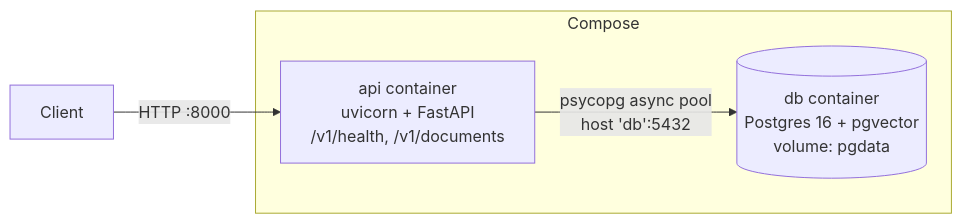
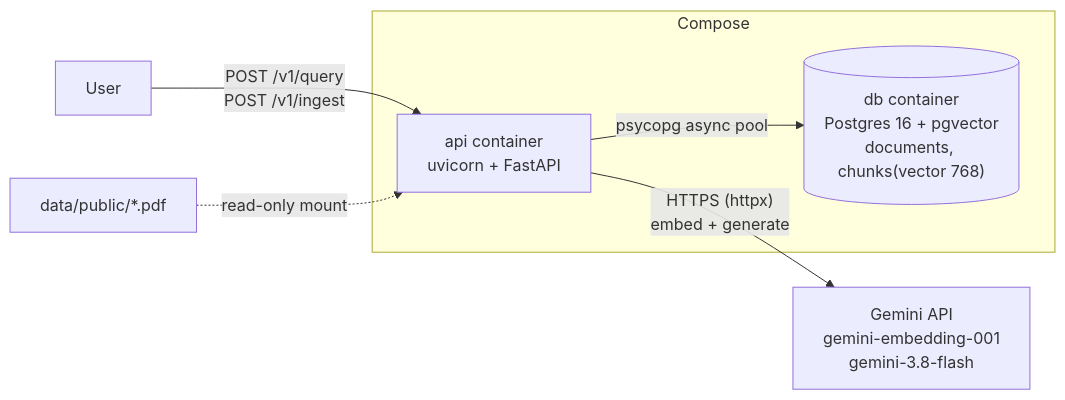
One commit to AMahdy98/specseek changed the diagram in docs/INTERVIEW.md. Above: the diagram before and after it, drawn with Mermaid. The commit also changed other lines of this file and 4 other files, not shown here.

````diff
--- a/docs/INTERVIEW.md
+++ b/docs/INTERVIEW.md
@@ -12,9 +29,11 @@
 ```mermaid
 flowchart LR
-  Client -->|"HTTP :8000"| API
+  User -->|"POST /v1/query<br/>POST /v1/ingest"| API
   subgraph Compose
-    API["api container<br/>uvicorn + FastAPI<br/>/v1/health, /v1/documents"]
-    DB[("db container<br/>Postgres 16 + pgvector<br/>volume: pgdata")]
-    API -->|"psycopg async pool<br/>host 'db':5432"| DB
+    API["api container<br/>uvicorn + FastAPI"]
+    DB[("db container<br/>Postgres 16 + pgvector<br/>documents, chunks(vector 768)")]
+    API -->|"psycopg async pool"| DB
   end
+  API -->|"HTTPS (httpx)<br/>embed + generate"| Gemini["Gemini API<br/>gemini-embedding-001<br/>gemini-3.8-flash"]
+  PDFs["data/public/*.pdf"] -.->|"read-only mount"| API
 ```
````
